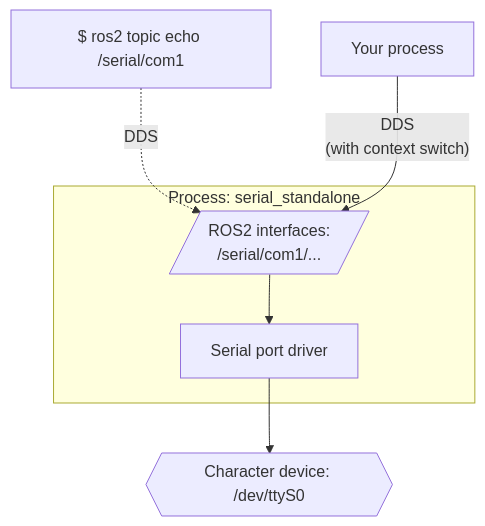
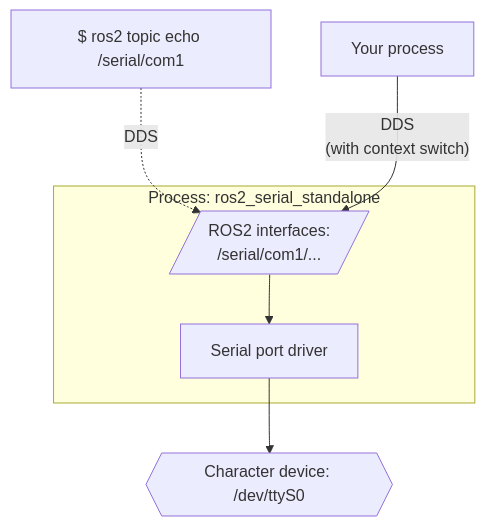
Before and after one commit to openvmp/serial: the first of 3 diagrams in README.md, drawn with Mermaid. The commit also changed other lines of this file and 1 other file, not shown here.

````diff
--- a/README.md
+++ b/README.md
@@ -43,9 +43,9 @@
 ```mermaid
 flowchart TB
     cli["$ ros2 topic echo /serial/com1"] -. "DDS" .-> topic_serial[/ROS2 interfaces:\n/serial/com1/.../]
     app["Your process"] -- "DDS\n(with context switch)" --> topic_serial
-    subgraph serial["Process: serial_standalone"]
+    subgraph serial["Process: ros2_serial_standalone"]
       topic_serial --> driver["Serial port driver"]
     end
     driver --> file{{"Character device: /dev/ttyS0"}}
 ```
````
